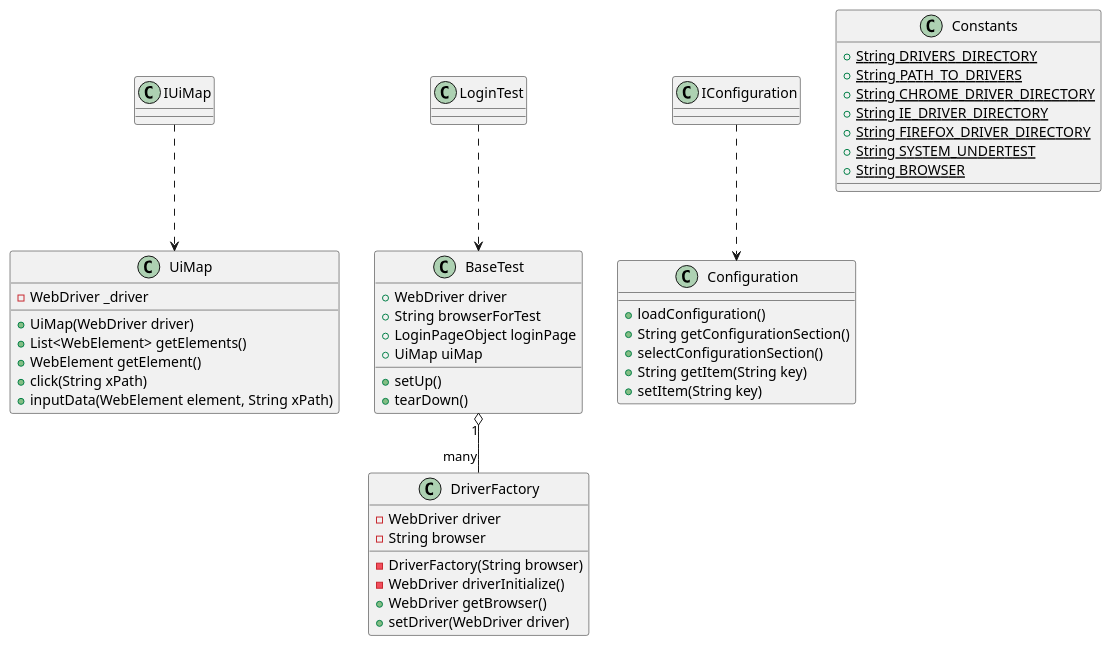
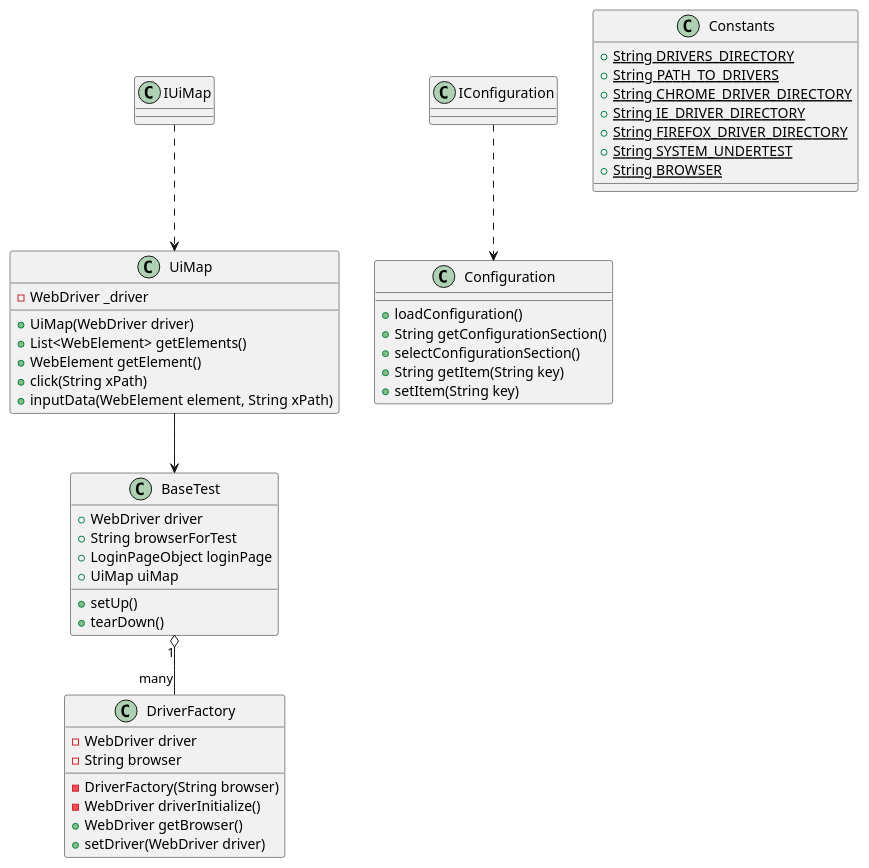
The diagram in src/uml/ATF Class Diagram.puml (Moriceg/ATF_from_scratch_EM), drawn with PlantUML before and after one commit. The commit also changed 3 other files, not shown here.

Commit message:
Add sequence diagram demo

```diff
--- a/src/uml/ATF Class Diagram.puml
+++ b/src/uml/ATF Class Diagram.puml
@@ -1,54 +1,55 @@
 @startuml
 IUiMap ..> UiMap
+
 class UiMap {
 -WebDriver _driver
 +UiMap(WebDriver driver)
 +List<WebElement> getElements()
 +WebElement getElement()
 +click(String xPath)
 +inputData(WebElement element, String xPath)
 }
+
 class DriverFactory {
 -WebDriver driver
 -String browser
 -DriverFactory(String browser)
 -WebDriver driverInitialize()
 +WebDriver getBrowser()
 +setDriver(WebDriver driver)
 }
 
 IConfiguration ..> Configuration
 class Configuration{
 +loadConfiguration()
 +String getConfigurationSection()
 +selectConfigurationSection()
 +String getItem(String key)
 +setItem(String key)
 }
 
 
 BaseTest "1" o-- "many" DriverFactory
 
 class Constants {
 +{static}String DRIVERS_DIRECTORY
 +{static}String PATH_TO_DRIVERS
 +{static}String CHROME_DRIVER_DIRECTORY
 +{static}String IE_DRIVER_DIRECTORY
 +{static}String FIREFOX_DRIVER_DIRECTORY
 +{static}String SYSTEM_UNDERTEST
 +{static}String BROWSER
 }
 
 class BaseTest{
 +WebDriver driver
 +String browserForTest
 +LoginPageObject loginPage
 +UiMap uiMap
 +setUp()
 +tearDown()
 }
 
-LoginTest ..> BaseTest
-
+UiMap -->  BaseTest
 
 @enduml
```
